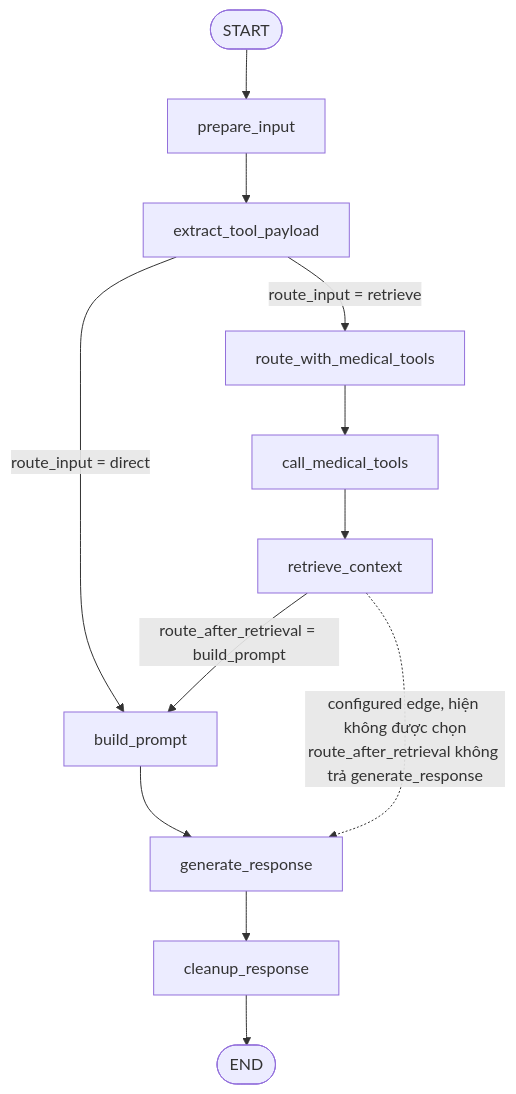
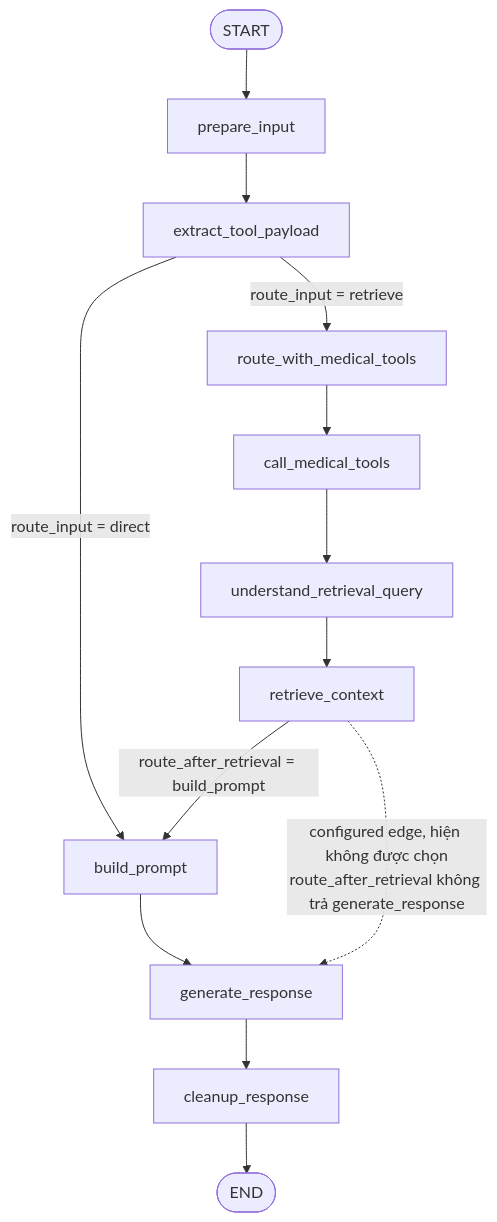
Before and after one commit to Ngoc-Quy-az1/VitalAI: the second of 15 diagrams in doc/LangGraph_Tree.md, drawn with Mermaid. The commit also changed other lines of this file and 31 other files, not shown here.

````diff
--- a/doc/LangGraph_Tree.md
+++ b/doc/LangGraph_Tree.md
@@ -40,18 +40,19 @@
 ```mermaid
 flowchart TD
     START([START]) --> prepare_input["prepare_input"]
     prepare_input --> extract_tool_payload["extract_tool_payload"]
 
     extract_tool_payload -->|"route_input = direct"| build_prompt["build_prompt"]
     extract_tool_payload -->|"route_input = retrieve"| route_with_medical_tools["route_with_medical_tools"]
 
     route_with_medical_tools --> call_medical_tools["call_medical_tools"]
-    call_medical_tools --> retrieve_context["retrieve_context"]
+    call_medical_tools --> understand_retrieval_query["understand_retrieval_query"]
+    understand_retrieval_query --> retrieve_context["retrieve_context"]
 
     retrieve_context -->|"route_after_retrieval = build_prompt"| build_prompt
     retrieve_context -. "configured edge, hiện không được chọn<br/>route_after_retrieval không trả generate_response" .-> generate_response["generate_response"]
 
     build_prompt --> generate_response
     generate_response --> cleanup_response["cleanup_response"]
     cleanup_response --> END([END])
 ```
````
